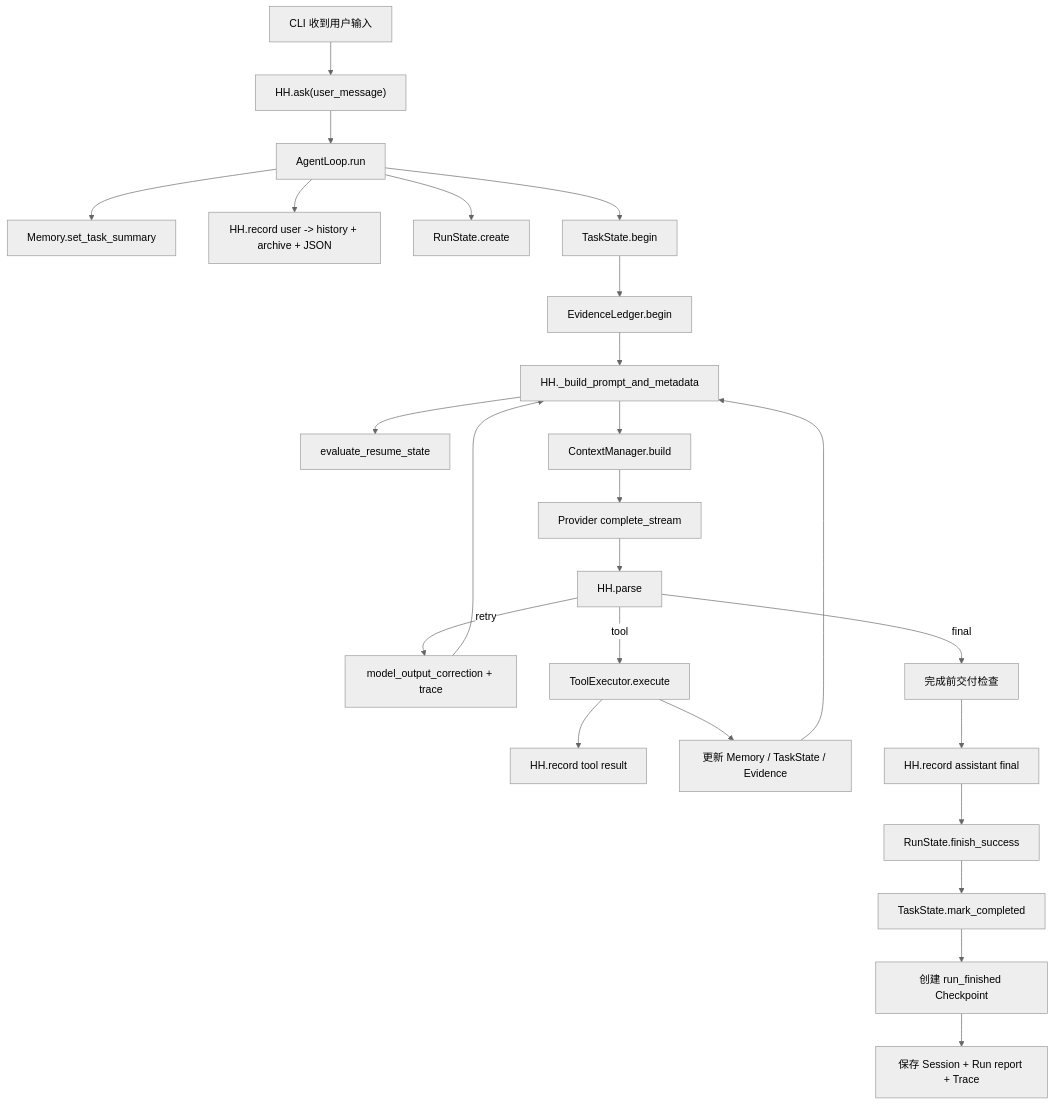
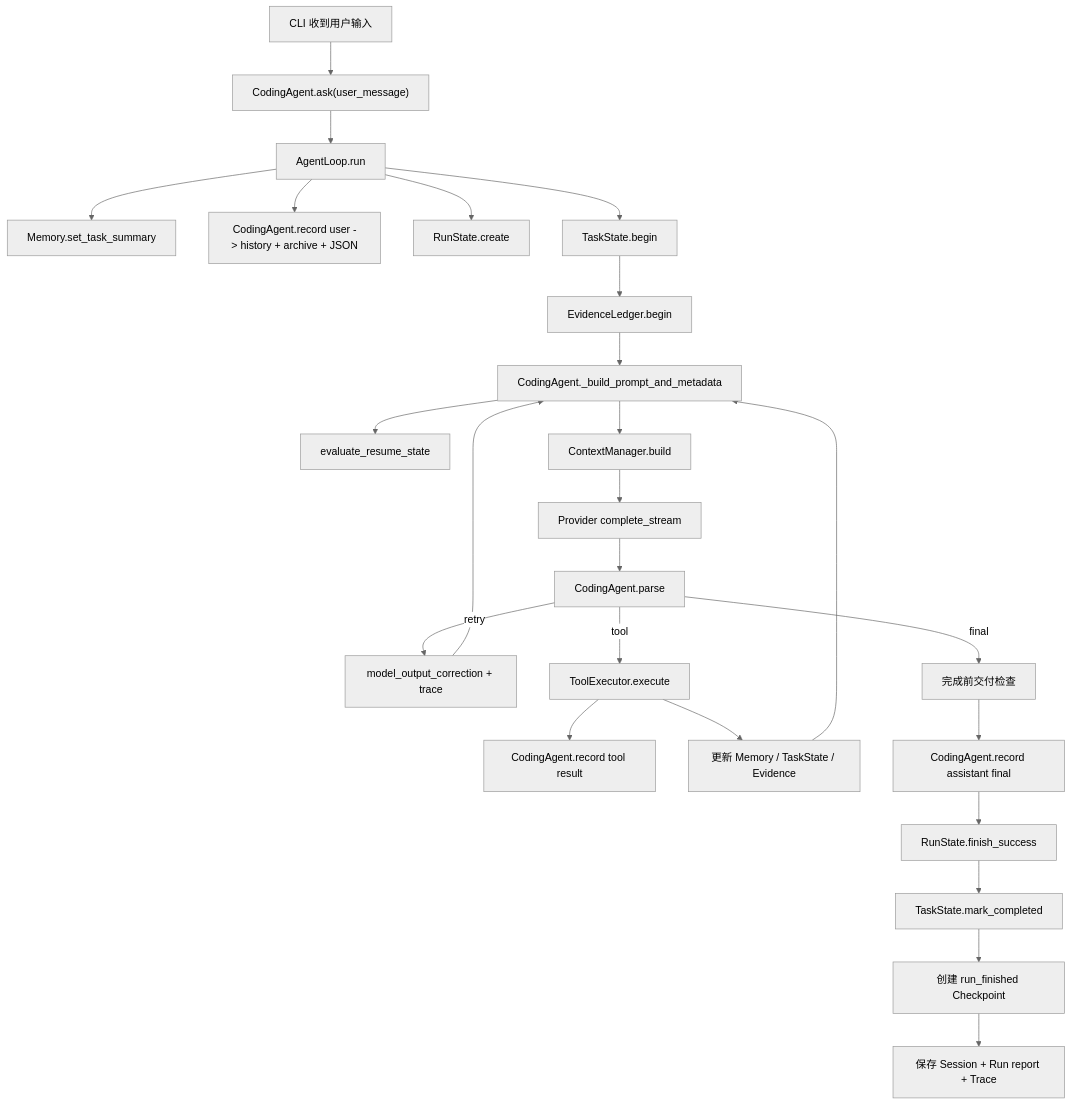
One commit to zeus040808/Jaxen-Code changed the second of 2 diagrams in docs/architecture/session-and-failure.md. Above: the diagram before and after it, drawn with Mermaid (neutral theme). The commit also changed other lines of this file and 191 other files, not shown here.

````diff
--- a/docs/architecture/session-and-failure.md
+++ b/docs/architecture/session-and-failure.md
@@ -1019,27 +1023,27 @@
 ```mermaid
 flowchart TD
-    A["CLI 收到用户输入"] --> B["HH.ask(user_message)"]
+    A["CLI 收到用户输入"] --> B["CodingAgent.ask(user_message)"]
     B --> C["AgentLoop.run"]
     C --> D["Memory.set_task_summary"]
-    C --> E["HH.record user -> history + archive + JSON"]
+    C --> E["CodingAgent.record user -> history + archive + JSON"]
     C --> F["RunState.create"]
     C --> G["TaskState.begin"]
     G --> H["EvidenceLedger.begin"]
-    H --> I["HH._build_prompt_and_metadata"]
+    H --> I["CodingAgent._build_prompt_and_metadata"]
     I --> J["evaluate_resume_state"]
     I --> K["ContextManager.build"]
     K --> L["Provider complete_stream"]
-    L --> M["HH.parse"]
+    L --> M["CodingAgent.parse"]
     M -- "retry" --> N["model_output_correction + trace"]
     N --> I
     M -- "tool" --> O["ToolExecutor.execute"]
-    O --> P["HH.record tool result"]
+    O --> P["CodingAgent.record tool result"]
     O --> Q["更新 Memory / TaskState / Evidence"]
     Q --> I
     M -- "final" --> R["完成前交付检查"]
-    R --> S["HH.record assistant final"]
+    R --> S["CodingAgent.record assistant final"]
     S --> T["RunState.finish_success"]
     T --> U["TaskState.mark_completed"]
     U --> V["创建 run_finished Checkpoint"]
     V --> W["保存 Session + Run report + Trace"]
 ```
````
